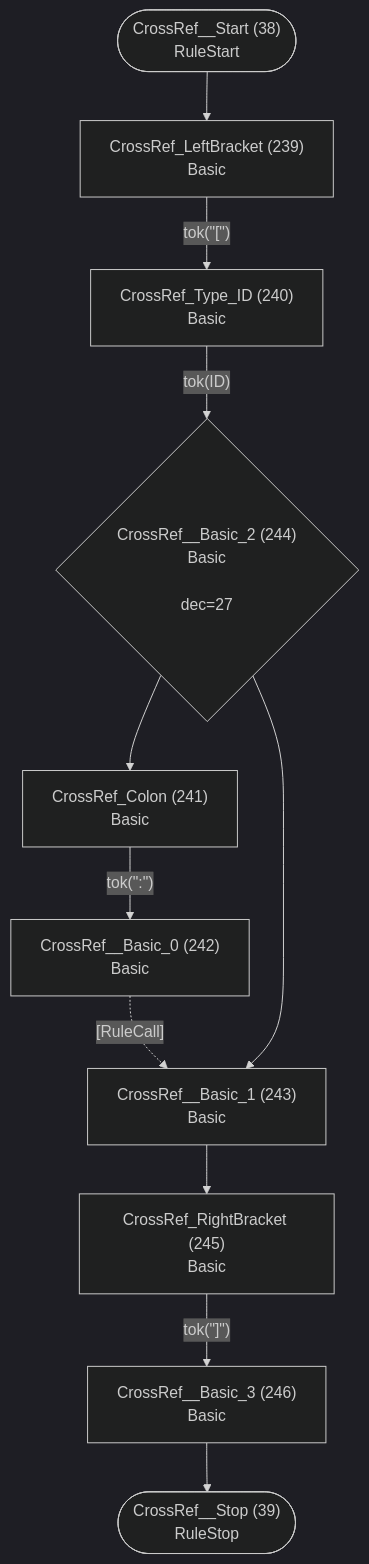
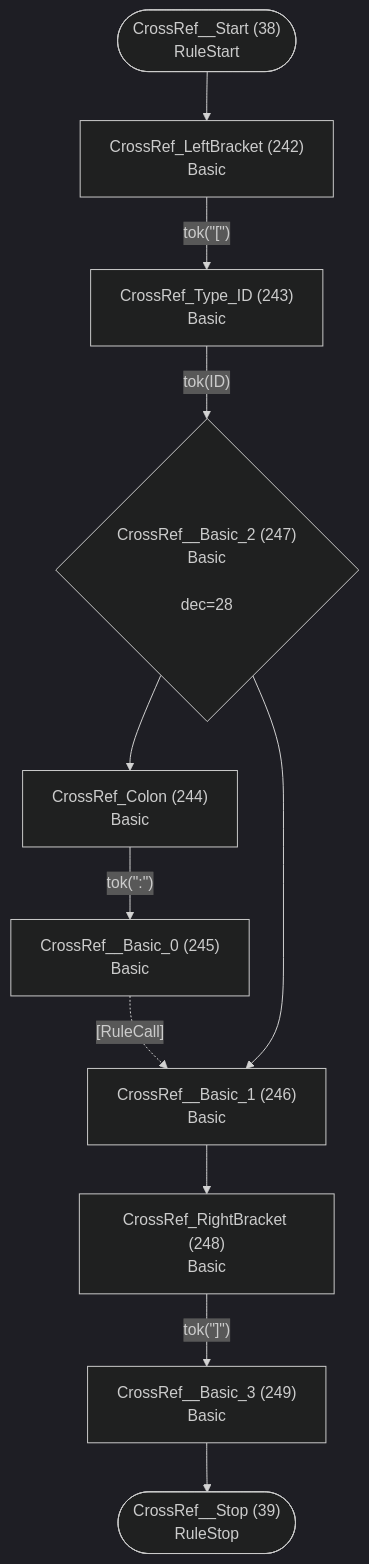
Diagram 20 of 26 in internal/grammar/atn.md (TypeFox/fastbelt), drawn with Mermaid (dark theme) before and after one commit. The commit also changed other lines of this file and 16 other files, not shown here.

````diff
--- a/internal/grammar/atn.md
+++ b/internal/grammar/atn.md
@@ -611,24 +618,24 @@
 ```mermaid
 flowchart TD
     q38(["CrossRef__Start (38)<br/>RuleStart"])
     q39(["CrossRef__Stop (39)<br/>RuleStop"])
-    q239["CrossRef_LeftBracket (239)<br/>Basic<br/>"]
-    q240["CrossRef_Type_ID (240)<br/>Basic<br/>"]
-    q241["CrossRef_Colon (241)<br/>Basic<br/>"]
-    q242["CrossRef__Basic_0 (242)<br/>Basic<br/>"]
-    q243["CrossRef__Basic_1 (243)<br/>Basic<br/>"]
-    q244{"CrossRef__Basic_2 (244)<br/>Basic<br/><br/>dec=27"}
-    q245["CrossRef_RightBracket (245)<br/>Basic<br/>"]
-    q246["CrossRef__Basic_3 (246)<br/>Basic<br/>"]
+    q242["CrossRef_LeftBracket (242)<br/>Basic<br/>"]
+    q243["CrossRef_Type_ID (243)<br/>Basic<br/>"]
+    q244["CrossRef_Colon (244)<br/>Basic<br/>"]
+    q245["CrossRef__Basic_0 (245)<br/>Basic<br/>"]
+    q246["CrossRef__Basic_1 (246)<br/>Basic<br/>"]
+    q247{"CrossRef__Basic_2 (247)<br/>Basic<br/><br/>dec=28"}
+    q248["CrossRef_RightBracket (248)<br/>Basic<br/>"]
+    q249["CrossRef__Basic_3 (249)<br/>Basic<br/>"]
 
-    q38 --> q239
-    q239 -->|"tok(&quot;[&quot;)"| q240
-    q240 -->|"tok(ID)"| q244
-    q241 -->|"tok(&quot;:&quot;)"| q242
-    q242 -.->|"[RuleCall]"| q243
-    q243 --> q245
-    q244 --> q241
-    q244 --> q243
-    q245 -->|"tok(&quot;]&quot;)"| q246
-    q246 --> q39
+    q38 --> q242
+    q242 -->|"tok(&quot;[&quot;)"| q243
+    q243 -->|"tok(ID)"| q247
+    q244 -->|"tok(&quot;:&quot;)"| q245
+    q245 -.->|"[RuleCall]"| q246
+    q246 --> q248
+    q247 --> q244
+    q247 --> q246
+    q248 -->|"tok(&quot;]&quot;)"| q249
+    q249 --> q39
 ```
````
